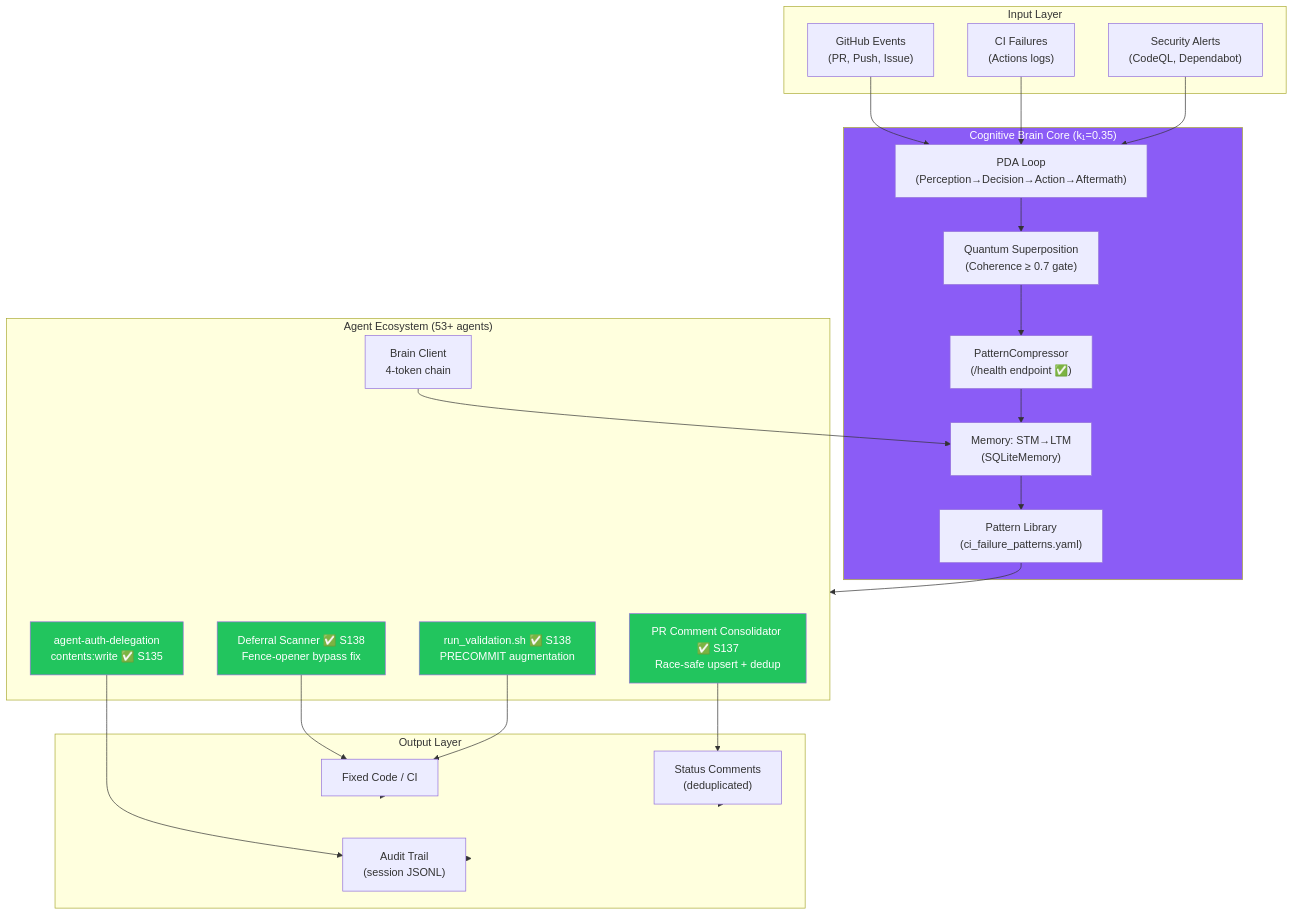
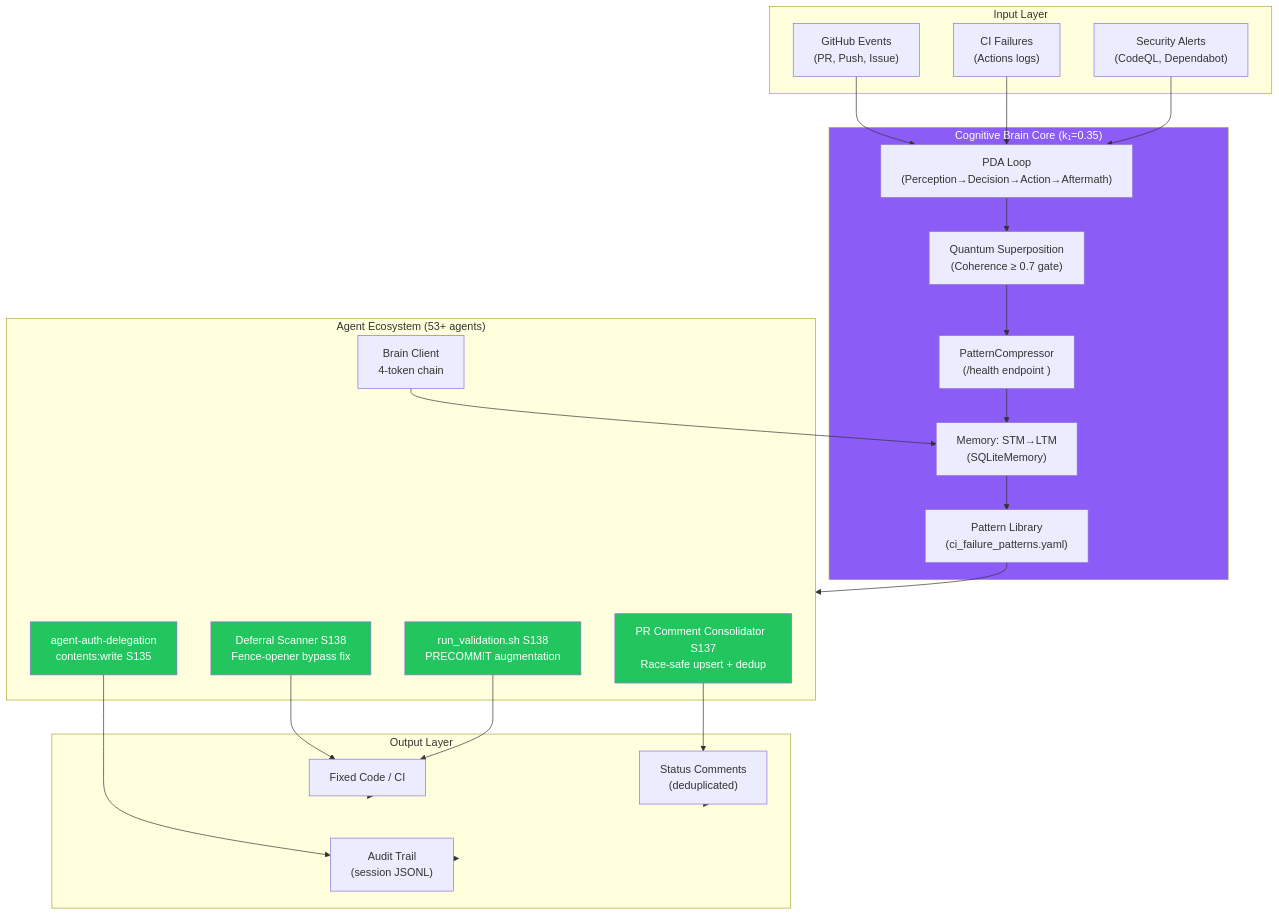
One commit to Aries-Serpent/_codex_ changed the third of 4 diagrams in docs/cognitive_brain/status/COGNITIVE_BRAIN_STATUS_PR3607.md. Above: the diagram before and after it, drawn with Mermaid. The commit also changed other lines of this file and 2029 other files, not shown here.

````diff
--- a/docs/cognitive_brain/status/COGNITIVE_BRAIN_STATUS_PR3607.md
+++ b/docs/cognitive_brain/status/COGNITIVE_BRAIN_STATUS_PR3607.md
@@ -101,54 +103,54 @@
 ```mermaid
 %%{init: {'accessibility': {'title': 'Diagram showing "Input Layer", "GitHub Events\n(PR, Push, Issue)"'}}%%
 graph TB
     subgraph INPUT["Input Layer"]
         GH["GitHub Events\n(PR, Push, Issue)"]
         CI["CI Failures\n(Actions logs)"]
         SEC["Security Alerts\n(CodeQL, Dependabot)"]
     end
 
     subgraph CB["Cognitive Brain Core (k₁=0.35)"]
         PDA["PDA Loop\n(Perception→Decision→Action→Aftermath)"]
         QS["Quantum Superposition\n(Coherence ≥ 0.7 gate)"]
-        PC["PatternCompressor\n(/health endpoint ✅)"]
+        PC["PatternCompressor\n(/health endpoint )"]
         MEM["Memory: STM→LTM\n(SQLiteMemory)"]
         PAT["Pattern Library\n(ci_failure_patterns.yaml)"]
     end
 
     subgraph AGENTS["Agent Ecosystem (53+ agents)"]
-        DSCN["Deferral Scanner ✅ S138\nFence-opener bypass fix"]
-        CMNT["PR Comment Consolidator ✅ S137\nRace-safe upsert + dedup"]
-        RVAL["run_validation.sh ✅ S138\nPRECOMMIT augmentation"]
-        AUTH["agent-auth-delegation\ncontents:write ✅ S135"]
+        DSCN["Deferral Scanner  S138\nFence-opener bypass fix"]
+        CMNT["PR Comment Consolidator  S137\nRace-safe upsert + dedup"]
+        RVAL["run_validation.sh  S138\nPRECOMMIT augmentation"]
+        AUTH["agent-auth-delegation\ncontents:write  S135"]
         BRAI["Brain Client\n4-token chain"]
     end
 
     subgraph OUT["Output Layer"]
         FIX["Fixed Code / CI"]
         STAT["Status Comments\n(deduplicated)"]
         LOGS["Audit Trail\n(session JSONL)"]
     end
 
     GH --> PDA
     CI --> PDA
     SEC --> PDA
     PDA --> QS
     QS --> PC
     PC --> MEM
     MEM --> PAT
     PAT --> AGENTS
     DSCN --> FIX
     CMNT --> STAT
     RVAL --> FIX
     AUTH --> LOGS
     BRAI --> MEM
     FIX --> OUT
     STAT --> OUT
     LOGS --> OUT
 
     style CB fill:#8b5cf6,color:#fff
     style DSCN fill:#22c55e,color:#fff
     style CMNT fill:#22c55e,color:#fff
     style RVAL fill:#22c55e,color:#fff
     style AUTH fill:#22c55e,color:#fff
 ```
````
